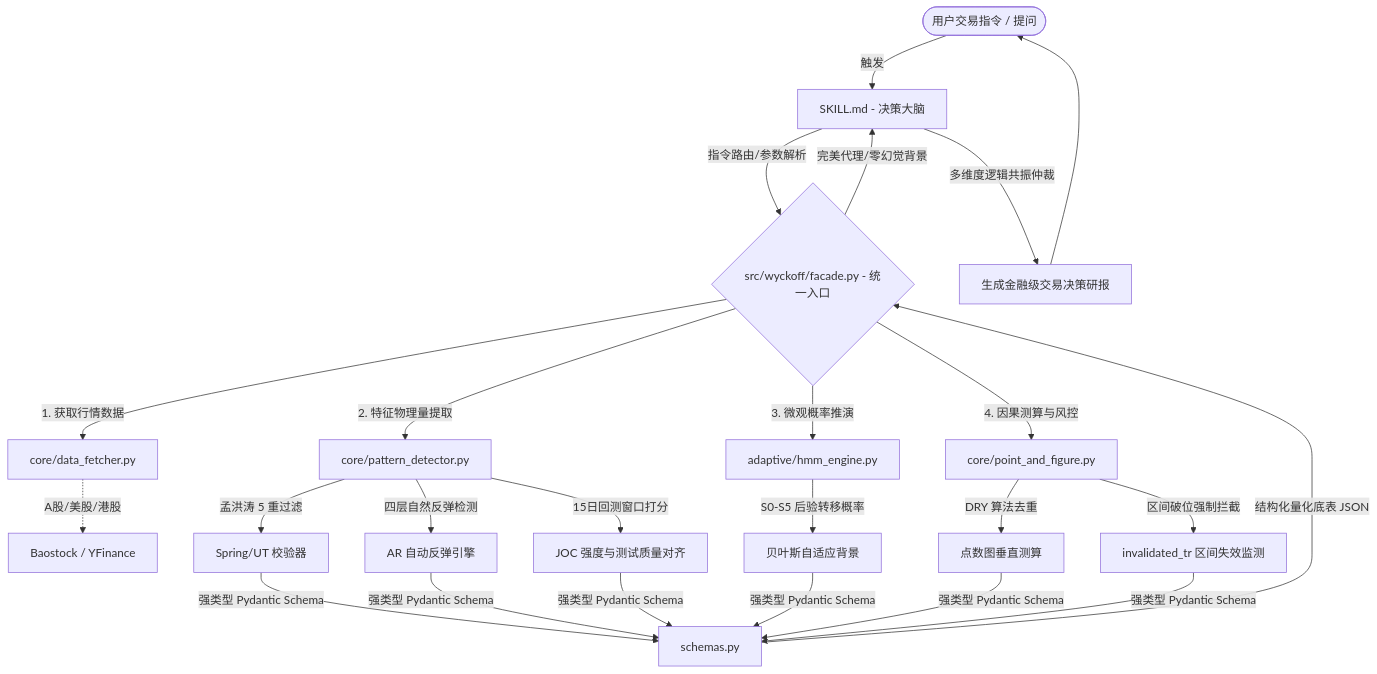
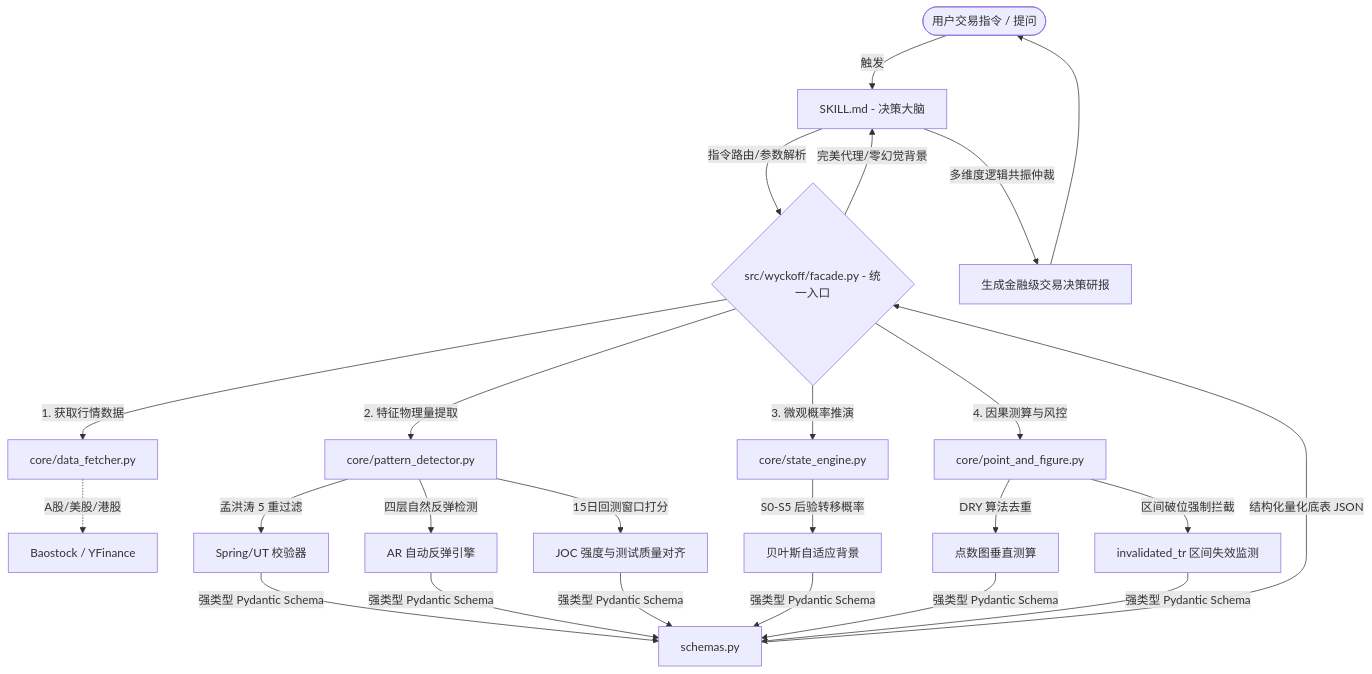
One commit to Geekwls/wyckoff-stock-analysis changed the diagram in README.md. Above: the diagram before and after it, drawn with Mermaid. The commit also changed other lines of this file and 69 other files, not shown here.

````diff
--- a/README.md
+++ b/README.md
@@ -53,28 +53,28 @@
 ```mermaid
 graph TD
     User([用户交易指令 / 提问]) -->|触发| Skill[SKILL.md - 决策大脑]
     Skill -->|指令路由/参数解析| Facade{src/wyckoff/facade.py - 统一入口}
     
     %% 量化计算轨
     Facade -->|1. 获取行情数据| Data[core/data_fetcher.py]
     Data -.->|A股/美股/港股| API[Baostock / YFinance]
     
     Facade -->|2. 特征物理量提取| Pattern[core/pattern_detector.py]
     Pattern -->|孟洪涛 5 重过滤| Spring[Spring/UT 校验器]
     Pattern -->|四层自然反弹检测| AR[AR 自动反弹引擎]
     Pattern -->|15日回测窗口打分| JOC[JOC 强度与测试质量对齐]
     
-    Facade -->|3. 微观概率推演| HMM[adaptive/hmm_engine.py]
+    Facade -->|3. 微观概率推演| HMM[core/state_engine.py]
     HMM -->|S0-S5 后验转移概率| Bayesian[贝叶斯自适应背景]
 
     Facade -->|4. 因果测算与风控| PF[core/point_and_figure.py]
     PF -->|DRY 算法去重| PFCalc[点数图垂直测算]
     PF -->|区间破位强制拦截| InvalidTR[invalidated_tr 区间失效监测]
     
     %% 合并输出与决策
     Spring & AR & JOC & Bayesian & PFCalc & InvalidTR -->|强类型 Pydantic Schema| Schemas[schemas.py]
     Schemas -->|结构化量化底表 JSON| Facade
     Facade -->|完美代理/零幻觉背景| Skill
     Skill -->|多维度逻辑共振仲裁| Report[生成金融级交易决策研报]
     Report --> User
 ```
````
